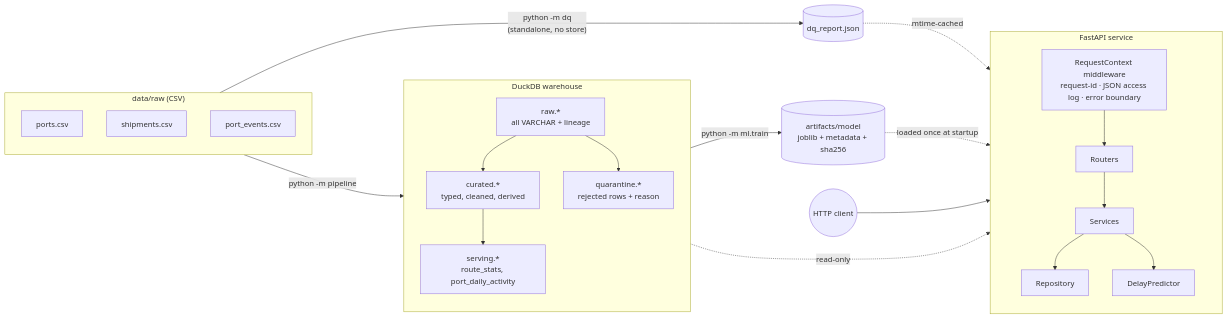
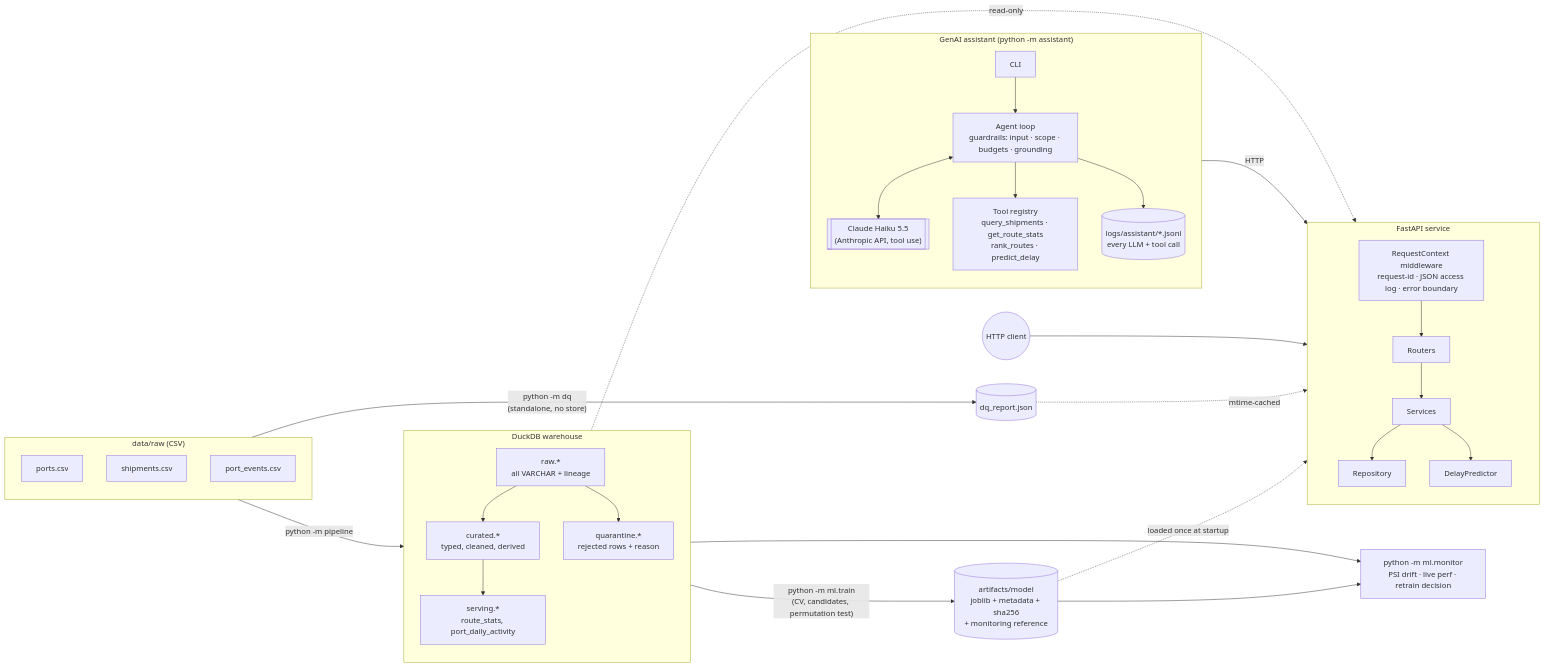
The first of 6 diagrams in README.md (shubham11941140/Maersk-Shubham-Gupta), drawn with Mermaid before and after one commit. The commit also changed other lines of this file and 55 other files, not shown here.

````diff
--- a/README.md
+++ b/README.md
@@ -62,32 +71,43 @@
 ```mermaid
 flowchart LR
     subgraph RAW["data/raw (CSV)"]
         P[ports.csv]
         S[shipments.csv]
         E[port_events.csv]
     end
 
     RAW -->|"python -m dq<br/>(standalone, no store)"| DQ[(dq_report.json)]
     RAW -->|"python -m pipeline"| WH
 
     subgraph WH["DuckDB warehouse"]
         direction TB
         R[raw.*<br/>all VARCHAR + lineage] --> C[curated.*<br/>typed, cleaned, derived]
         R --> Q[quarantine.*<br/>rejected rows + reason]
         C --> SV[serving.*<br/>route_stats, port_daily_activity]
     end
 
-    WH -->|"python -m ml.train"| M[(artifacts/model<br/>joblib + metadata + sha256)]
+    WH -->|"python -m ml.train<br/>(CV, candidates, permutation test)"| M[(artifacts/model<br/>joblib + metadata + sha256<br/>+ monitoring reference)]
+    M --> MON["python -m ml.monitor<br/>PSI drift · live perf · retrain decision"]
+    WH --> MON
 
     subgraph API["FastAPI service"]
         direction TB
         MW[RequestContext middleware<br/>request-id · JSON access log · error boundary]
         RT[Routers] --> SVC[Services] --> REPO[Repository] 
         SVC --> PRED[DelayPredictor]
     end
 
     C -. read-only .-> REPO
     M -. loaded once at startup .-> PRED
     DQ -. mtime-cached .-> SVC
     Client((HTTP client)) --> MW --> RT
+
+    subgraph GENAI["GenAI assistant (python -m assistant)"]
+        direction TB
+        CLI[CLI] --> AG["Agent loop<br/>guardrails: input · scope · budgets · grounding"]
+        AG <--> LLM[["Claude Haiku 5.5<br/>(Anthropic API, tool use)"]]
+        AG --> TR["Tool registry<br/>query_shipments · get_route_stats<br/>rank_routes · predict_delay"]
+        AG --> LOG[(logs/assistant/*.jsonl<br/>every LLM + tool call)]
+    end
+    TR -->|HTTP| MW
 ```
````
